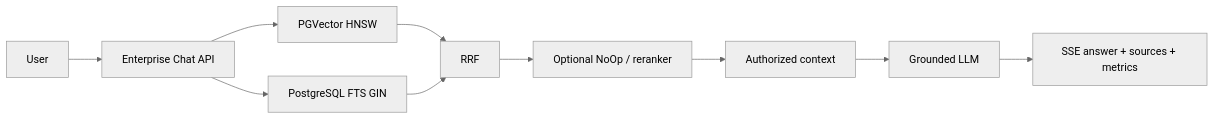
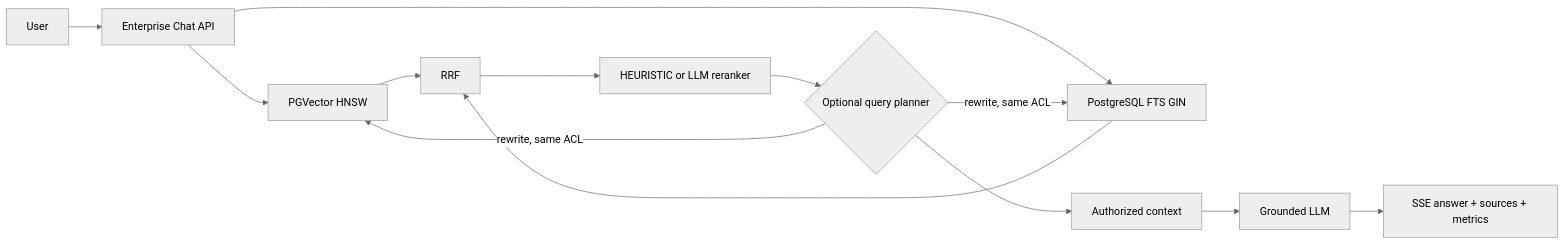
The first of 3 diagrams in docs/enterprise-rag-architecture.md (Tmakerchima/portfolio-rag), drawn with Mermaid (neutral theme) before and after one commit. The commit also changed other lines of this file and 33 other files, not shown here.

````diff
--- a/docs/enterprise-rag-architecture.md
+++ b/docs/enterprise-rag-architecture.md
@@ -11,12 +11,15 @@
 ```mermaid
 flowchart LR
     U[User] --> A[Enterprise Chat API]
     A --> V[PGVector HNSW]
     A --> F[PostgreSQL FTS GIN]
     V --> R[RRF]
     F --> R
-    R --> Q[Optional NoOp / reranker]
-    Q --> C[Authorized context]
+    R --> Q[HEURISTIC or LLM reranker]
+    Q --> J{Optional query planner}
+    J -->|rewrite, same ACL| V
+    J -->|rewrite, same ACL| F
+    J --> C[Authorized context]
     C --> L[Grounded LLM]
     L --> O[SSE answer + sources + metrics]
 ```
````
